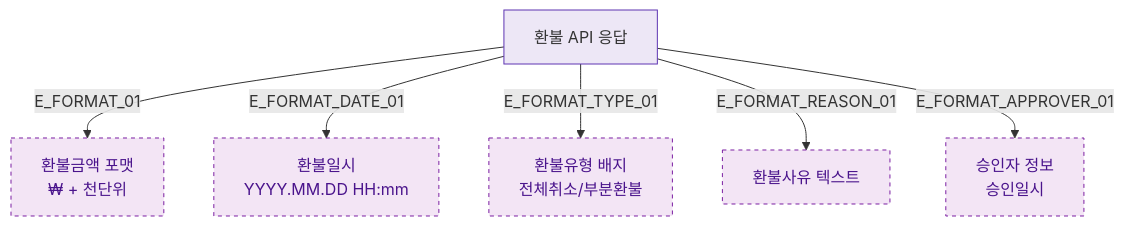
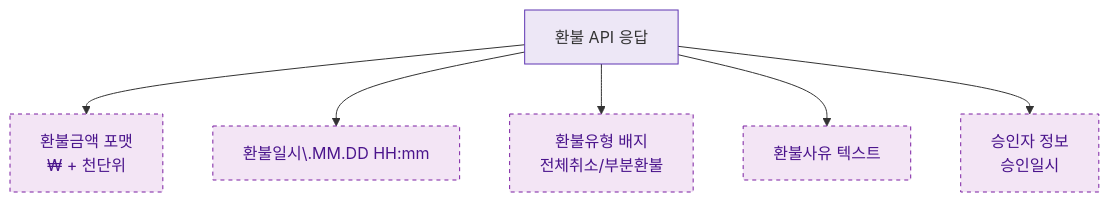
One commit to dev-spogym/admin-pando changed the diagram in docs/다이어그램/D03_매출관리/DLG-S006_환불상세/M2_필드검증.md. Above: the diagram before and after it, drawn with Mermaid. The commit also changed other lines of this file and 1660 other files, not shown here.

First line of the commit message:
다이어그램: 기획자/클라이언트 납품본으로 정리

````diff
--- a/docs/다이어그램/D03_매출관리/DLG-S006_환불상세/M2_필드검증.md
+++ b/docs/다이어그램/D03_매출관리/DLG-S006_환불상세/M2_필드검증.md
@@ -20,14 +18,14 @@
 ```mermaid
 flowchart TD
-    DATA[환불 API 응답] -->|E_FORMAT_01| DISPLAY_AMOUNT[환불금액 포맷\n₩ + 천단위]
-    DATA -->|E_FORMAT_DATE_01| DISPLAY_DATE[환불일시\nYYYY.MM.DD HH:mm]
-    DATA -->|E_FORMAT_TYPE_01| DISPLAY_TYPE[환불유형 배지\n전체취소/부분환불]
-    DATA -->|E_FORMAT_REASON_01| DISPLAY_REASON[환불사유 텍스트]
-    DATA -->|E_FORMAT_APPROVER_01| DISPLAY_APPROVER[승인자 정보\n승인일시]
+    DATA[환불 API 응답] --> DISPLAY_AMOUNT[환불금액 포맷\n₩ + 천단위]
+    DATA --> DISPLAY_DATE[환불일시\.MM.DD HH:mm]
+    DATA --> DISPLAY_TYPE[환불유형 배지\n전체취소/부분환불]
+    DATA --> DISPLAY_REASON[환불사유 텍스트]
+    DATA --> DISPLAY_APPROVER[승인자 정보\n승인일시]
 
     classDef system fill:#EDE7F6,stroke:#5E35B2
     classDef newFeature fill:#F3E5F5,stroke:#7B1FA2,color:#4A148C,stroke-dasharray:4 4
 
     class DATA system
     class DISPLAY_AMOUNT,DISPLAY_DATE,DISPLAY_TYPE,DISPLAY_REASON,DISPLAY_APPROVER newFeature
 ```
````
